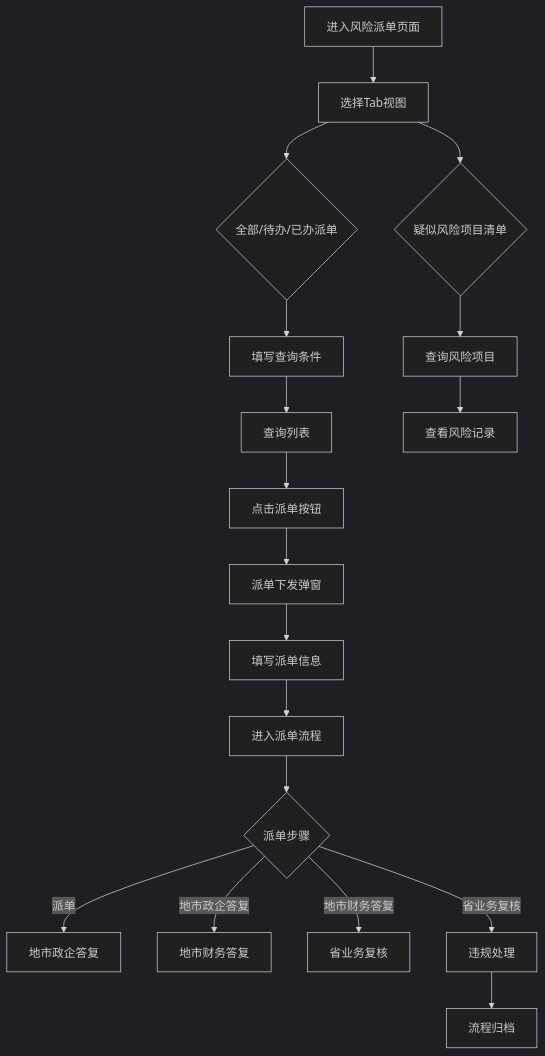
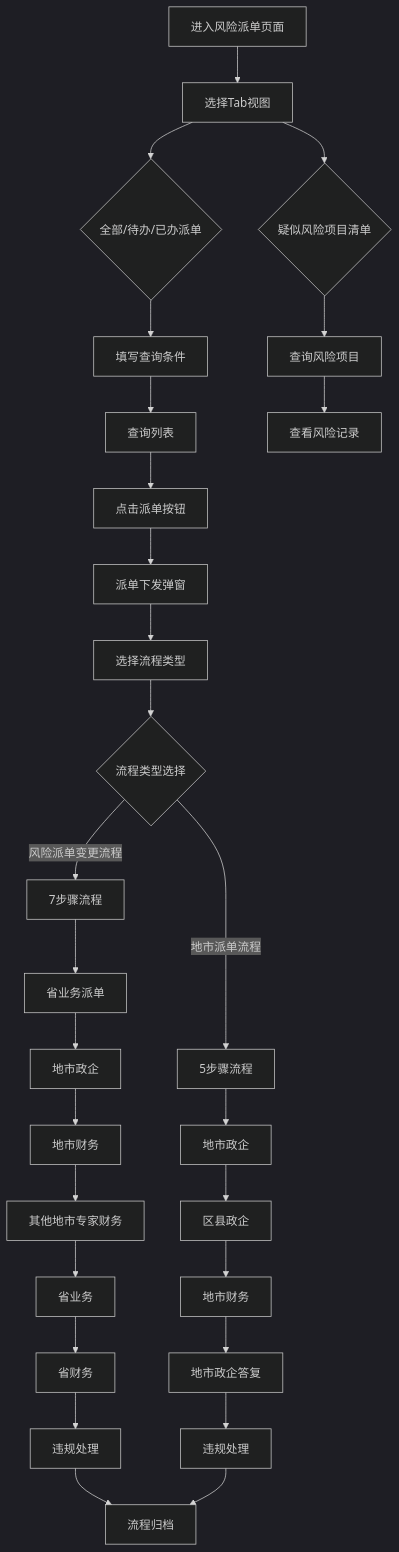
Before and after one commit to cuiweihaoxuan-eng/lto: the first of 3 diagrams in .prd/_routes/_risk-dispatch.md, drawn with Mermaid (dark theme). The commit also changed other lines of this file and 4 other files, not shown here.

````diff
--- a/.prd/_routes/_risk-dispatch.md
+++ b/.prd/_routes/_risk-dispatch.md
@@ -70,20 +72,30 @@
 ```mermaid
 graph TD
     A[进入风险派单页面] --> B[选择Tab视图]
     B --> C{全部/待办/已办派单}
     B --> D{疑似风险项目清单}
     C --> E[填写查询条件]
     E --> F[查询列表]
     F --> G[点击派单按钮]
     G --> H[派单下发弹窗]
-    H --> I[填写派单信息]
-    I --> J[进入派单流程]
-    J --> K{派单步骤}
-    K -->|派单| L[地市政企答复]
-    K -->|地市政企答复| M[地市财务答复]
-    K -->|地市财务答复| N[省业务复核]
-    K -->|省业务复核| O[违规处理]
-    O --> P[流程归档]
+    H --> I[选择流程类型]
+    I --> J{流程类型选择}
+    J -->|风险派单变更流程| K1[7步骤流程]
+    J -->|地市派单流程| K2[5步骤流程]
+    K1 --> L1[省业务派单]
+    L1 --> L2[地市政企]
+    L2 --> L3[地市财务]
+    L3 --> L4[其他地市专家财务]
+    L4 --> L5[省业务]
+    L5 --> L6[省财务]
+    L6 --> L7[违规处理]
+    L7 --> M[流程归档]
+    K2 --> P1[地市政企]
+    P1 --> P2[区县政企]
+    P2 --> P3[地市财务]
+    P3 --> P4[地市政企答复]
+    P4 --> P5[违规处理]
+    P5 --> M
     D --> Q[查询风险项目]
     Q --> R[查看风险记录]
 ```
````
